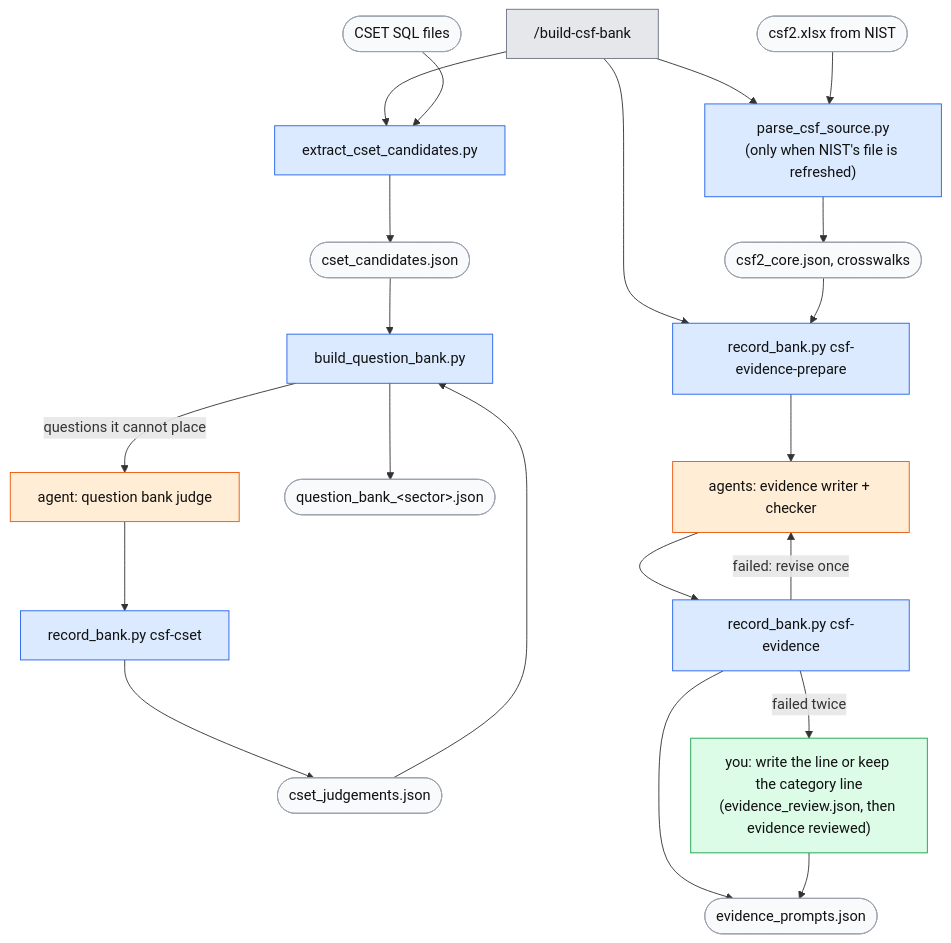
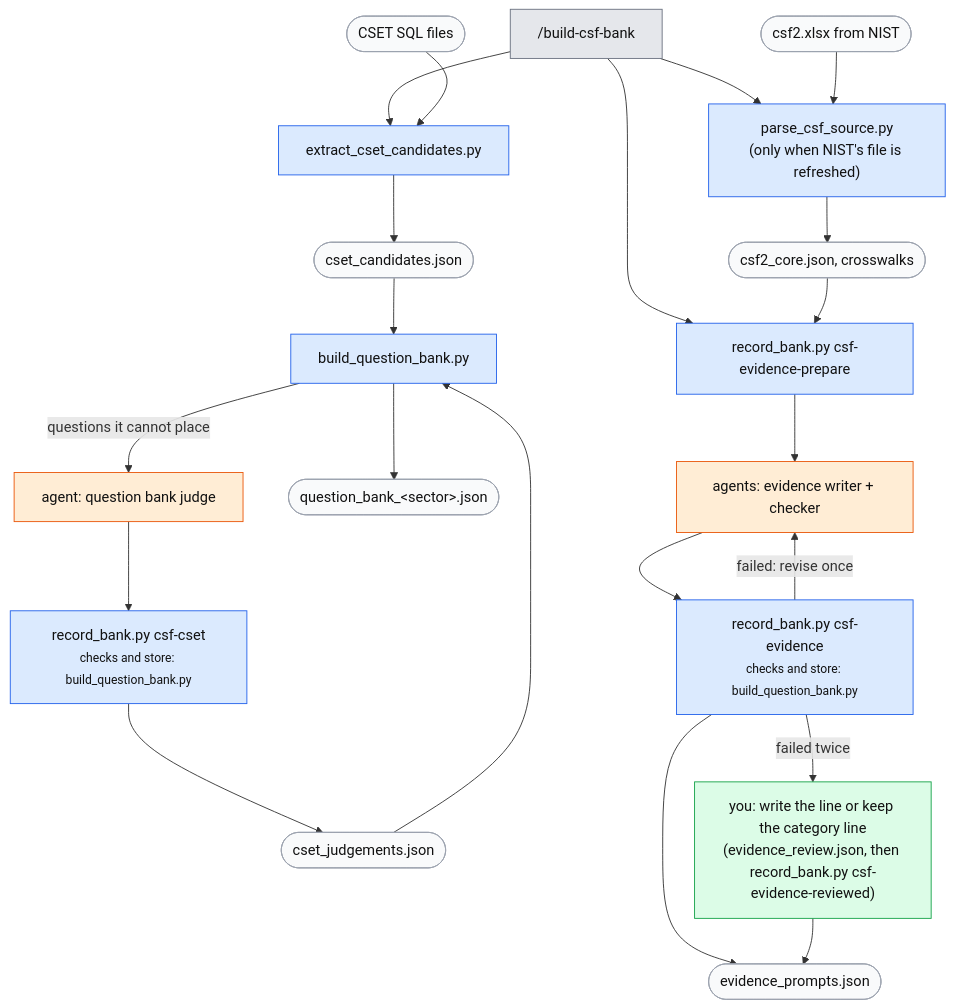
The second of 3 diagrams in docs/guide.md (srilekha82/csf-ai-self-assessment), drawn with Mermaid before and after one commit. The commit also changed other lines of this file, not shown here.

Commit message:
Guide diagrams: full record_bank.py mode names; the CSF recorders show where their checks live
Claude-Session: https://claude.ai/code/session_018LMuSAGdmU4f7EFzZWDznB

````diff
--- a/docs/guide.md
+++ b/docs/guide.md
@@ -149,20 +149,20 @@
 ```mermaid
 flowchart TD
     B["/build-csf-bank"]:::cmd --> PC["parse_csf_source.py<br/>(only when NIST's file is refreshed)"]:::script
     NIST([csf2.xlsx from NIST]):::file --> PC --> CORE([csf2_core.json, crosswalks]):::file
     B --> EX[extract_cset_candidates.py]:::script
     SQL([CSET SQL files]):::file --> EX --> CAND([cset_candidates.json]):::file --> BQB[build_question_bank.py]:::script
-    BQB -- "questions it cannot place" --> JA["agent: question bank judge"]:::agent --> RJ[record_bank.py csf-cset]:::script --> JS([cset_judgements.json]):::file --> BQB
+    BQB -- "questions it cannot place" --> JA["agent: question bank judge"]:::agent --> RJ["record_bank.py csf-cset<br/><small>checks and store: build_question_bank.py</small>"]:::script --> JS([cset_judgements.json]):::file --> BQB
     BQB --> BANK([question_bank_&lt;sector&gt;.json]):::file
     B --> EP["record_bank.py csf-evidence-prepare"]:::script
-    CORE --> EP --> EW["agents: evidence writer + checker"]:::agent --> RE["record_bank.py csf-evidence"]:::script --> EVP([evidence_prompts.json]):::file
+    CORE --> EP --> EW["agents: evidence writer + checker"]:::agent --> RE["record_bank.py csf-evidence<br/><small>checks and store: build_question_bank.py</small>"]:::script --> EVP([evidence_prompts.json]):::file
     RE -- "failed: revise once" --> EW
-    RE -- "failed twice" --> YOU["you: write the line or keep the category line<br/>(evidence_review.json, then evidence reviewed)"]:::you --> EVP
+    RE -- "failed twice" --> YOU["you: write the line or keep the category line<br/>(evidence_review.json, then record_bank.py csf-evidence-reviewed)"]:::you --> EVP
 
     classDef cmd fill:#e5e7eb,stroke:#6b7280,color:#111
     classDef script fill:#dbeafe,stroke:#2563eb,color:#111
     classDef agent fill:#ffedd5,stroke:#ea580c,color:#111
     classDef you fill:#dcfce7,stroke:#16a34a,color:#111
     classDef file fill:#f9fafb,stroke:#9ca3af,color:#111
     classDef stop fill:#fee2e2,stroke:#dc2626,color:#111
 ```
````
